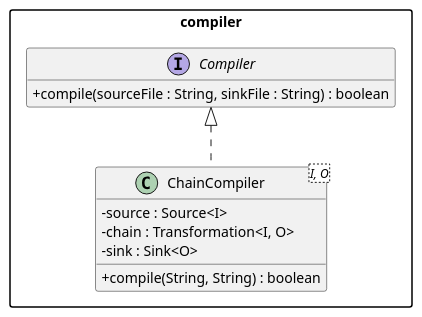
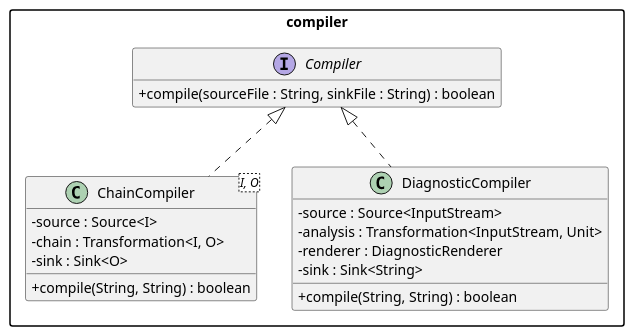
Before and after one commit to jpipe-mcscert/jpipe-compiler: the first of 3 diagrams in docs/design/compiler.md, drawn with PlantUML. The commit also changed other lines of this file and 24 other files, not shown here.

````diff
--- a/docs/design/compiler.md
+++ b/docs/design/compiler.md
@@ -21,25 +27,34 @@
 ```plantuml
 @startuml compiler
 
 skinparam packageStyle rectangle
 skinparam classAttributeIconSize 0
 hide empty members
 
 package "compiler" {
 
   interface Compiler {
     + compile(sourceFile : String, sinkFile : String) : boolean
   }
 
   class ChainCompiler<I, O> {
     - source : Source<I>
     - chain : Transformation<I, O>
     - sink : Sink<O>
     + compile(String, String) : boolean
   }
 
+  class DiagnosticCompiler {
+    - source : Source<InputStream>
+    - analysis : Transformation<InputStream, Unit>
+    - renderer : DiagnosticRenderer
+    - sink : Sink<String>
+    + compile(String, String) : boolean
+  }
+
   Compiler <|.. ChainCompiler
+  Compiler <|.. DiagnosticCompiler
 }
 
 @enduml
 ```
````
